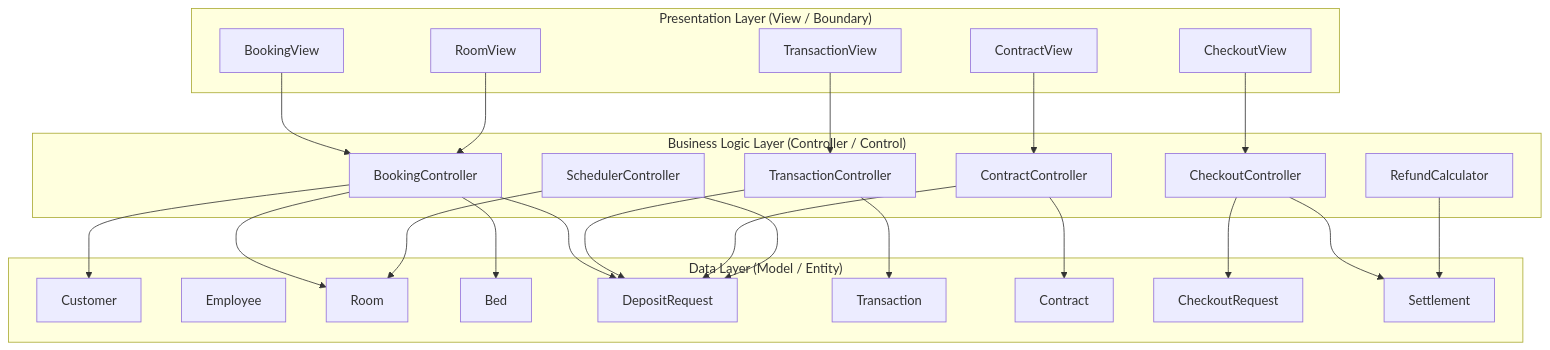
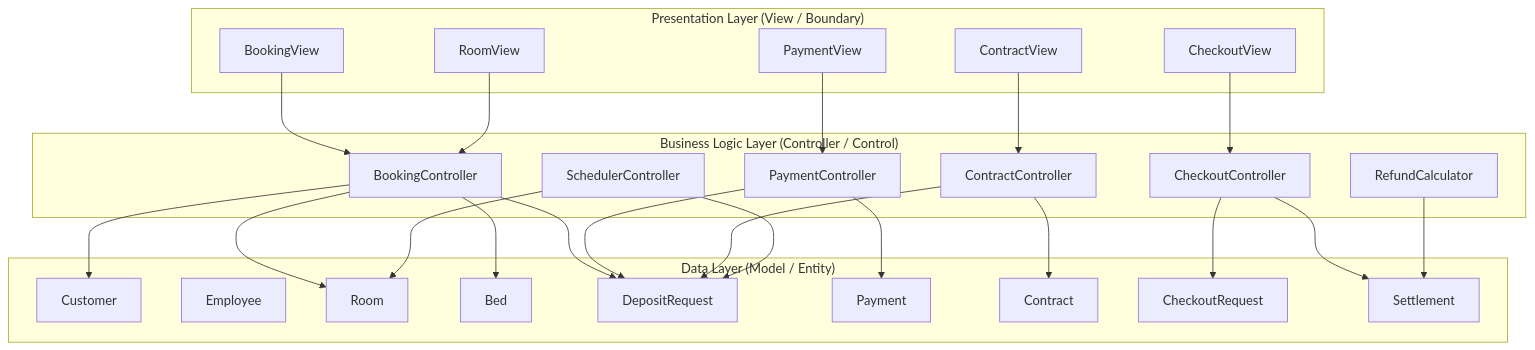
Before and after one commit to dinhdaivu/CSC12004_Information-Systems-Analysis-and-Design: the diagram in docs/architecture/layers.md, drawn with Mermaid. The commit also changed other lines of this file and 30 other files, not shown here.

````diff
--- a/docs/architecture/layers.md
+++ b/docs/architecture/layers.md
@@ -7,51 +7,51 @@
 ```mermaid
 graph TB
     subgraph Presentation ["Presentation Layer (View / Boundary)"]
         BV[BookingView]
-        TV[TransactionView]
+        PV[PaymentView]
         CV[ContractView]
         COV[CheckoutView]
         RV[RoomView]
     end
 
     subgraph Business ["Business Logic Layer (Controller / Control)"]
         BC[BookingController]
-        TC[TransactionController]
+        PC[PaymentController]
         CC[ContractController]
         COC[CheckoutController]
         RC[RefundCalculator]
         SC[SchedulerController]
     end
 
     subgraph Data ["Data Layer (Model / Entity)"]
         CU[Customer]
         EM[Employee]
         RO[Room]
         BE[Bed]
         DR[DepositRequest]
-        TR[Transaction]
+        PA[Payment]
         CO[Contract]
         CR[CheckoutRequest]
         SE[Settlement]
     end
 
     BV --> BC
-    TV --> TC
+    PV --> PC
     CV --> CC
     COV --> COC
     RV --> BC
 
     BC --> CU
     BC --> RO
     BC --> BE
     BC --> DR
-    TC --> TR
-    TC --> DR
+    PC --> PA
+    PC --> DR
     CC --> CO
     CC --> DR
     COC --> CR
     COC --> SE
     RC --> SE
     SC --> DR
     SC --> RO
 ```
````
